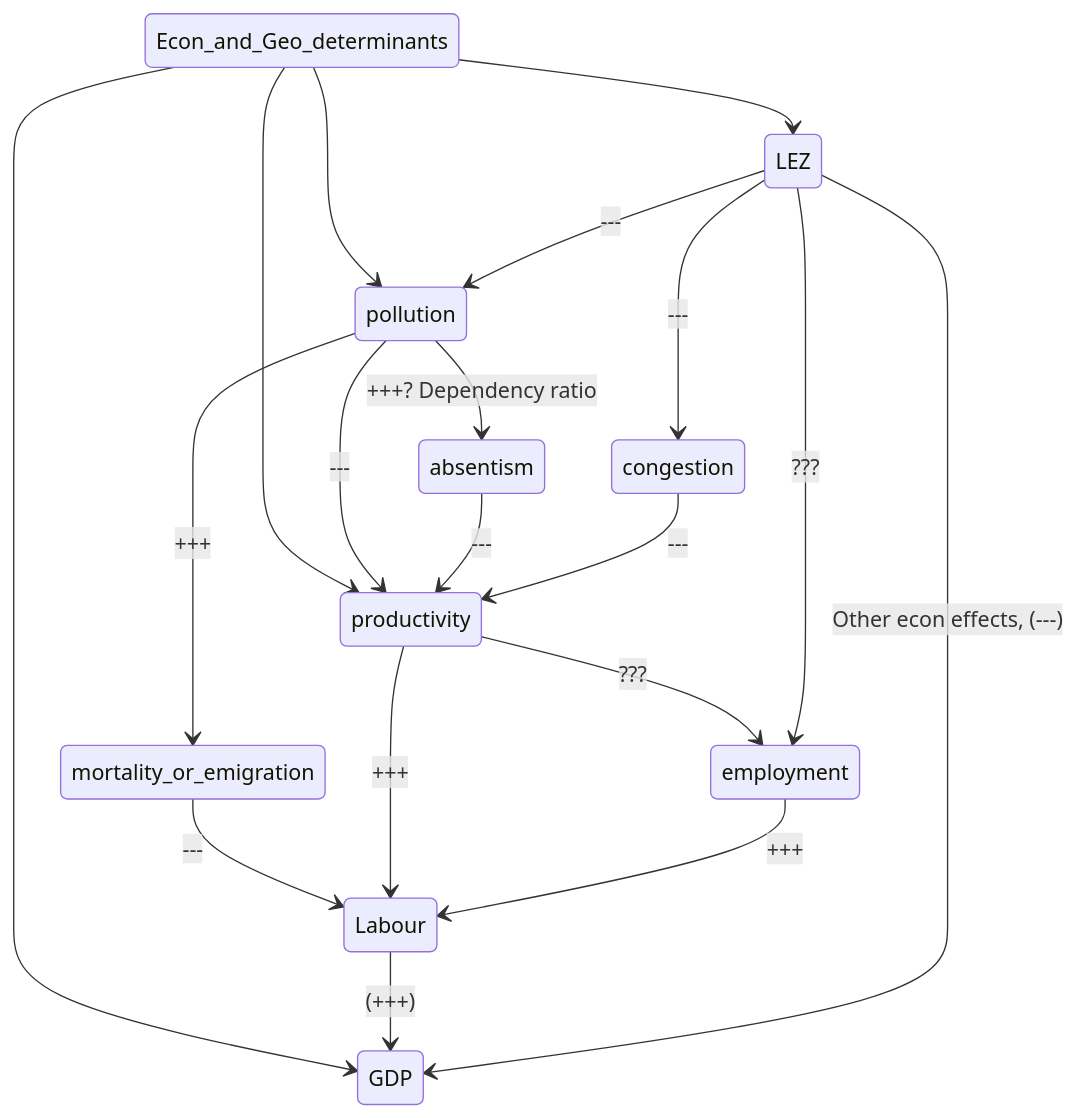
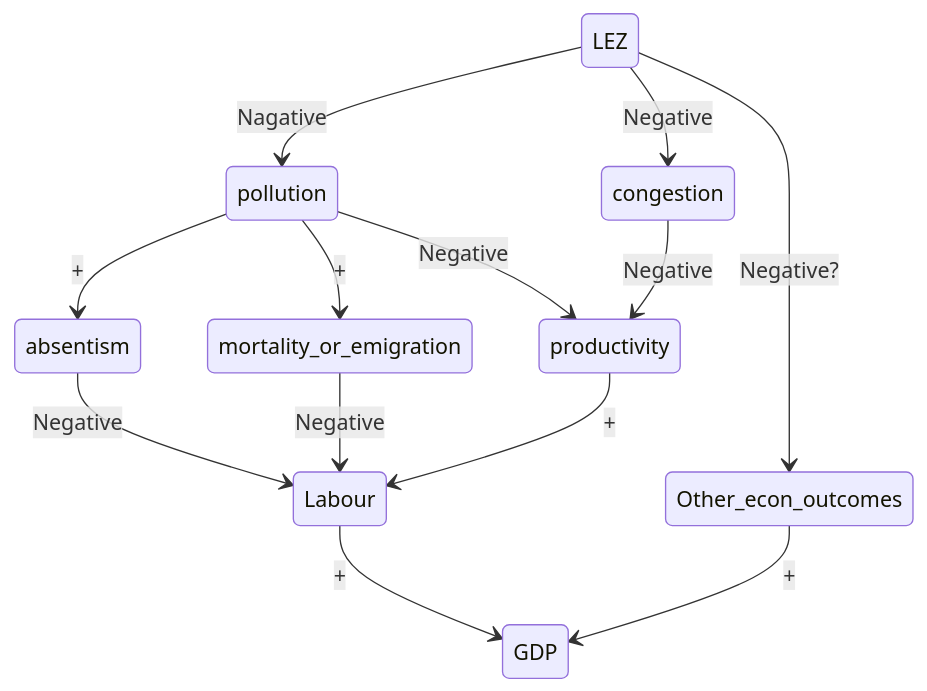
Before and after one commit to avila-a/Capstone-Project-ASDS: the first of 3 diagrams in Notes and meetings/Easter situation - Meeting with Raúl 052020.md, drawn with Mermaid. The commit also changed 24 other files, not shown here.

````diff
--- a/Notes and meetings/Easter situation - Meeting with Raúl 052020.md
+++ b/Notes and meetings/Easter situation - Meeting with Raúl 052020.md
@@ -143,28 +143,29 @@
 ```mermaid
 stateDiagram
-        Econ_and_Geo_determinants --> productivity
-        Econ_and_Geo_determinants --> GDP
+        #Econ_and_Geo_determinants --> productivity
+        #Econ_and_Geo_determinants --> GDP
         #Econ_and_Geo_determinants --> employment
-        pollution --> productivity : ---
-        pollution --> mortality_or_emigration : +++
-        absentism --> productivity : ---
-        congestion --> productivity : ---
-        Labour --> GDP : (+++) 
-        mortality_or_emigration --> Labour : ---
-        productivity --> Labour : +++
-        employment --> Labour : +++
-        productivity --> employment : ???
-        Econ_and_Geo_determinants --> pollution
-        LEZ --> pollution : ---
-        LEZ --> GDP : Other econ effects, (---)
-        pollution --> absentism : +++? Dependency ratio
-        Econ_and_Geo_determinants --> LEZ
-        LEZ --> employment : ???
-        LEZ --> congestion : ---
+        pollution --> productivity : Negative
+        pollution --> mortality_or_emigration : +
+        absentism --> Labour : Negative
+        congestion --> productivity : Negative
+        Labour --> GDP : + 
+        mortality_or_emigration --> Labour : Negative
+        productivity --> Labour : +
+        #employment --> Labour : +
+        #productivity --> employment : ???
+        #Econ_and_Geo_determinants --> pollution
+        LEZ --> pollution : Nagative
+        LEZ --> Other_econ_outcomes : Negative?
+        Other_econ_outcomes --> GDP : +
+        pollution --> absentism : +
+        #Econ_and_Geo_determinants --> LEZ
+        #LEZ --> employment : ???
+        LEZ --> congestion : Negative
         #LEZ --> Costs
         #LEZ --> Profits
         #Profits --> K
         #Costs --> K
         #K --> GDP
         #second --> [*]
 ```
````
